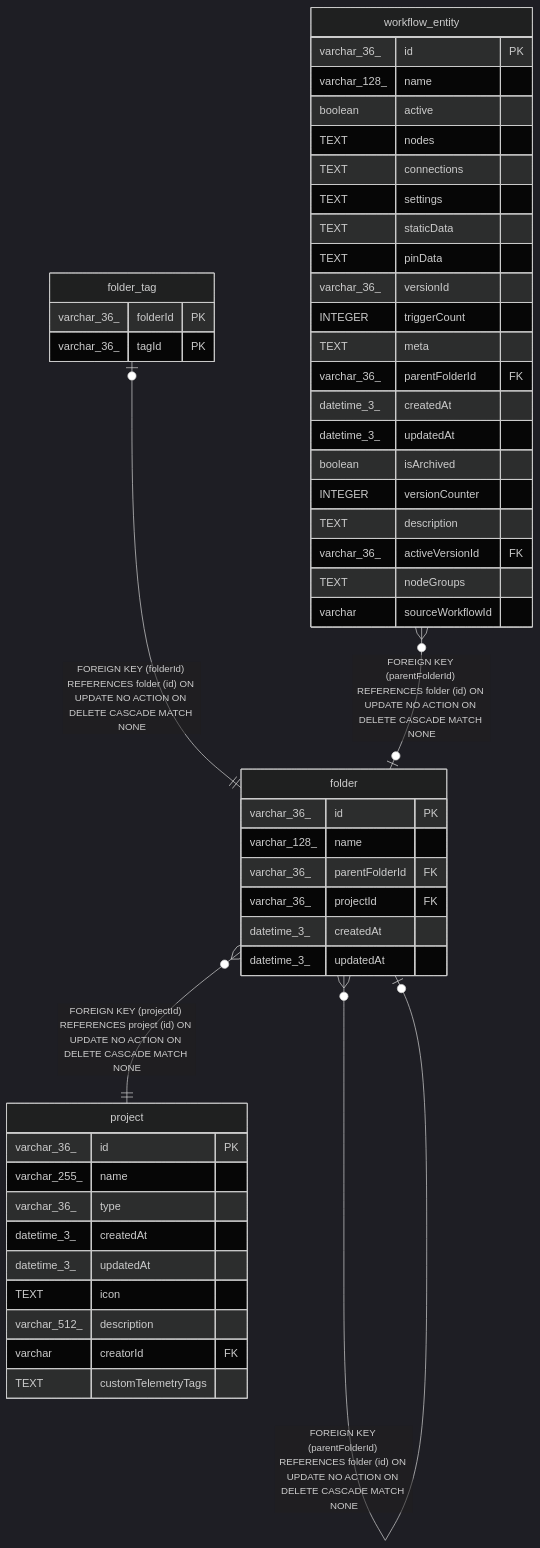
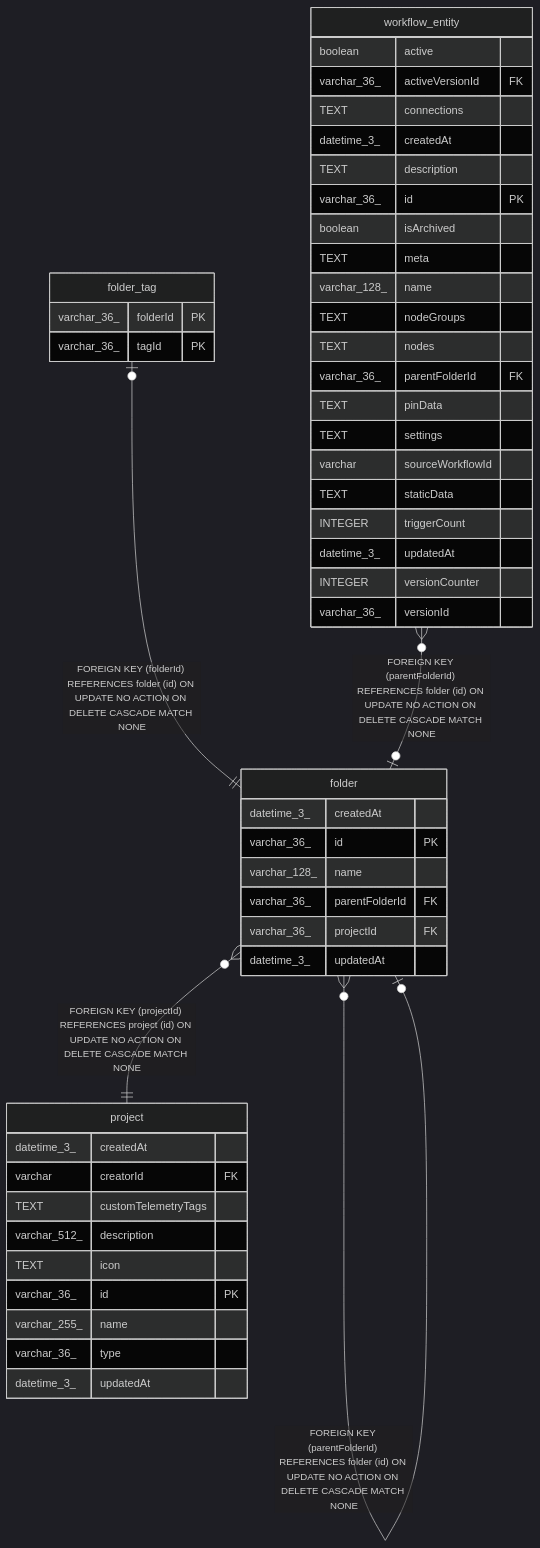
One commit to mayankjain1815-commits/n8n changed the diagram in docs/generated/sqlite-schema/folder.md. Above: the diagram before and after it, drawn with Mermaid (dark theme). The commit also changed other lines of this file and 221 other files, not shown here.

Commit message:
chore(core): Make DB schema docs generation deterministic (#32373)

````diff
--- a/docs/generated/sqlite-schema/folder.md
+++ b/docs/generated/sqlite-schema/folder.md
@@ -43,54 +43,54 @@
 ```mermaid
 erDiagram
 
 "folder" }o--o| "folder" : "FOREIGN KEY (parentFolderId) REFERENCES folder (id) ON UPDATE NO ACTION ON DELETE CASCADE MATCH NONE"
 "folder_tag" |o--|| "folder" : "FOREIGN KEY (folderId) REFERENCES folder (id) ON UPDATE NO ACTION ON DELETE CASCADE MATCH NONE"
 "workflow_entity" }o--o| "folder" : "FOREIGN KEY (parentFolderId) REFERENCES folder (id) ON UPDATE NO ACTION ON DELETE CASCADE MATCH NONE"
 "folder" }o--|| "project" : "FOREIGN KEY (projectId) REFERENCES project (id) ON UPDATE NO ACTION ON DELETE CASCADE MATCH NONE"
 
 "folder" {
+  datetime_3_ createdAt
   varchar_36_ id PK
   varchar_128_ name
   varchar_36_ parentFolderId FK
   varchar_36_ projectId FK
-  datetime_3_ createdAt
   datetime_3_ updatedAt
 }
 "folder_tag" {
   varchar_36_ folderId PK
   varchar_36_ tagId PK
 }
 "workflow_entity" {
+  boolean active
+  varchar_36_ activeVersionId FK
+  TEXT connections
+  datetime_3_ createdAt
+  TEXT description
   varchar_36_ id PK
+  boolean isArchived
+  TEXT meta
   varchar_128_ name
-  boolean active
+  TEXT nodeGroups
   TEXT nodes
-  TEXT connections
+  varchar_36_ parentFolderId FK
+  TEXT pinData
   TEXT settings
+  varchar sourceWorkflowId
   TEXT staticData
-  TEXT pinData
+  INTEGER triggerCount
+  datetime_3_ updatedAt
+  INTEGER versionCounter
   varchar_36_ versionId
-  INTEGER triggerCount
-  TEXT meta
-  varchar_36_ parentFolderId FK
-  datetime_3_ createdAt
-  datetime_3_ updatedAt
-  boolean isArchived
-  INTEGER versionCounter
-  TEXT description
-  varchar_36_ activeVersionId FK
-  TEXT nodeGroups
-  varchar sourceWorkflowId
 }
 "project" {
+  datetime_3_ createdAt
+  varchar creatorId FK
+  TEXT customTelemetryTags
+  varchar_512_ description
+  TEXT icon
   varchar_36_ id PK
   varchar_255_ name
   varchar_36_ type
-  datetime_3_ createdAt
   datetime_3_ updatedAt
-  TEXT icon
-  varchar_512_ description
-  varchar creatorId FK
-  TEXT customTelemetryTags
 }
 ```
````
